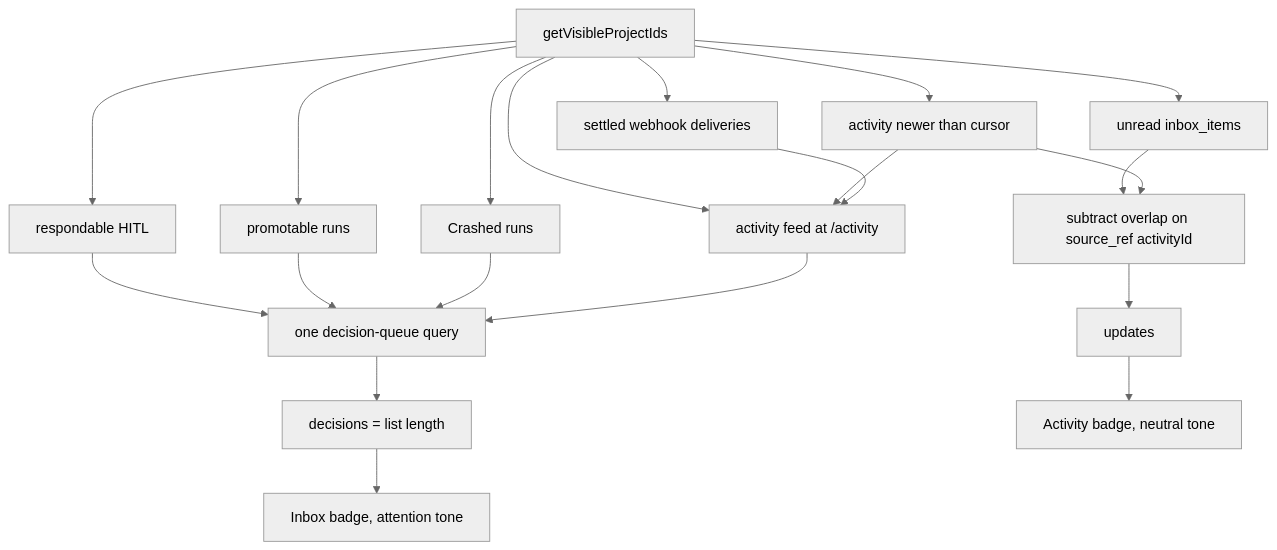
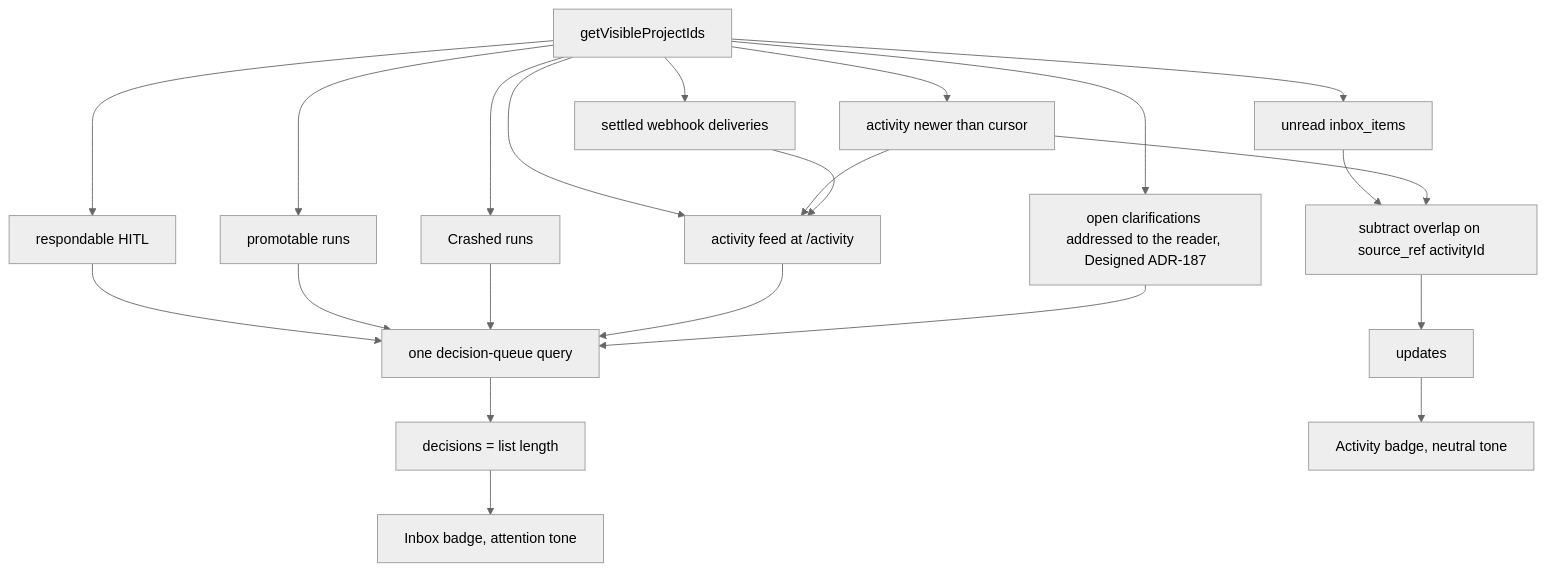
The second of 4 diagrams in docs/system-analytics/attention.md (maister-dev/maister), drawn with Mermaid (neutral theme) before and after one commit. The commit also changed other lines of this file and 58 other files, not shown here.

First line of the commit message:
docs(librarian): specify runtime, authority, operations, statements, clarifications, memory and surface (ADR-183..189)

````diff
--- a/docs/system-analytics/attention.md
+++ b/docs/system-analytics/attention.md
@@ -66,22 +71,24 @@
 ```mermaid
 flowchart TD
     V["getVisibleProjectIds"] --> H["respondable HITL"]
     V --> P["promotable runs"]
     V --> C["Crashed runs"]
     V --> F["triage-flagged tasks"]
+    V --> K["open clarifications addressed to the reader, Designed ADR-187"]
     H --> Q["one decision-queue query"]
     P --> Q
     C --> Q
     F --> Q
+    K --> Q
     Q --> QC["decisions = list length"]
     V --> U["unread inbox_items"]
     V --> A["activity newer than cursor"]
     V --> W["settled webhook deliveries"]
     A --> F["activity feed at /activity"]
     W --> F
     U --> M["subtract overlap on source_ref activityId"]
     A --> M
     M --> UC["updates"]
     QC --> B1["Inbox badge, attention tone"]
     UC --> B2["Activity badge, neutral tone"]
 ```
````
